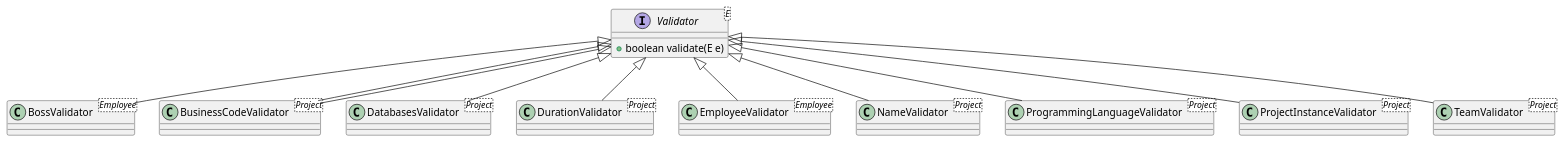
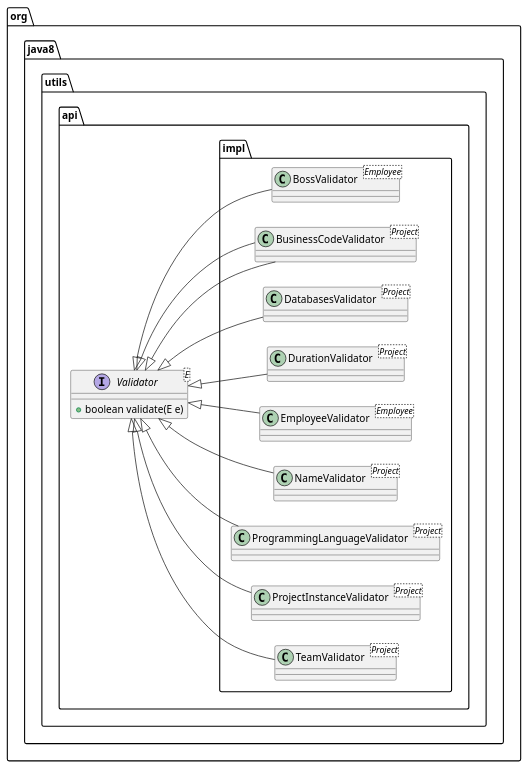
Before and after one commit to ortolanph/VarCompatibilityTest: the diagram in java8-utils-api/src/main/resources/java8-utils-api.puml, drawn with PlantUML. The commit also changed 15 other files, not shown here.

```diff
--- a/java8-utils-api/src/main/resources/java8-utils-api.puml
+++ b/java8-utils-api/src/main/resources/java8-utils-api.puml
@@ -1,45 +1,53 @@
 @startuml
 
-interface Validator<E> {
-    + boolean validate(E e)
-}
+left to right direction
 
-class BossValidator<Employee>
+package org.java8.utils.api {
 
-class BusinessCodeValidator<Project>
+    interface Validator<E> {
+        + boolean validate(E e)
+    }
 
-class DatabasesValidator<Project>
+    package impl {
 
-class DurationValidator<Project>
+        class BossValidator<Employee>
 
-class EmployeeValidator<Employee>
+        class BusinessCodeValidator<Project>
 
-class NameValidator<Project>
+        class DatabasesValidator<Project>
 
-class ProgrammingLanguageValidator<Project>
+        class DurationValidator<Project>
 
-class ProjectInstanceValidator<Project>
+        class EmployeeValidator<Employee>
 
-class TeamValidator<Project>
+        class NameValidator<Project>
 
-Validator <|-- BossValidator
+        class ProgrammingLanguageValidator<Project>
 
-Validator <|-- BusinessCodeValidator
+        class ProjectInstanceValidator<Project>
 
-Validator <|-- BusinessCodeValidator
+        class TeamValidator<Project>
 
-Validator <|-- DatabasesValidator
+    }
 
-Validator <|-- DurationValidator
+    Validator <|-- BossValidator
 
-Validator <|-- EmployeeValidator
+    Validator <|-- BusinessCodeValidator
 
-Validator <|-- NameValidator
+    Validator <|-- BusinessCodeValidator
 
-Validator <|-- ProgrammingLanguageValidator
+    Validator <|-- DatabasesValidator
 
-Validator <|-- ProjectInstanceValidator
+    Validator <|-- DurationValidator
 
-Validator <|-- TeamValidator
+    Validator <|-- EmployeeValidator
+
+    Validator <|-- NameValidator
+
+    Validator <|-- ProgrammingLanguageValidator
+
+    Validator <|-- ProjectInstanceValidator
+
+    Validator <|-- TeamValidator
 
 @enduml
```
